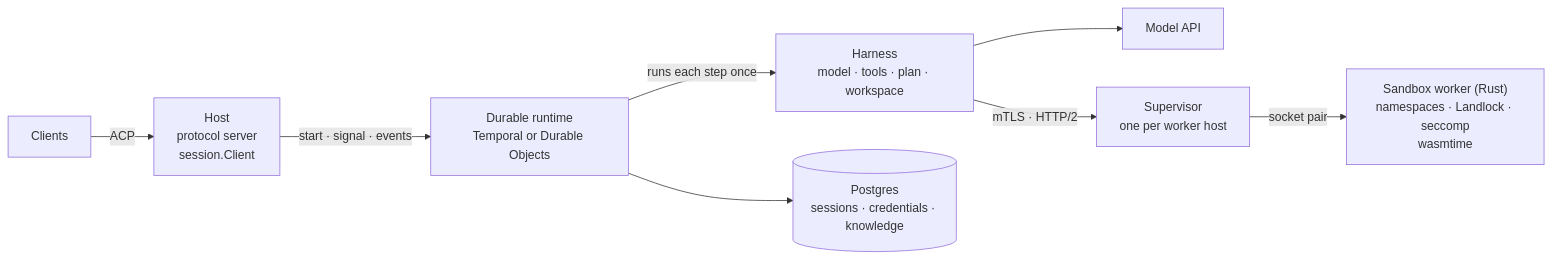
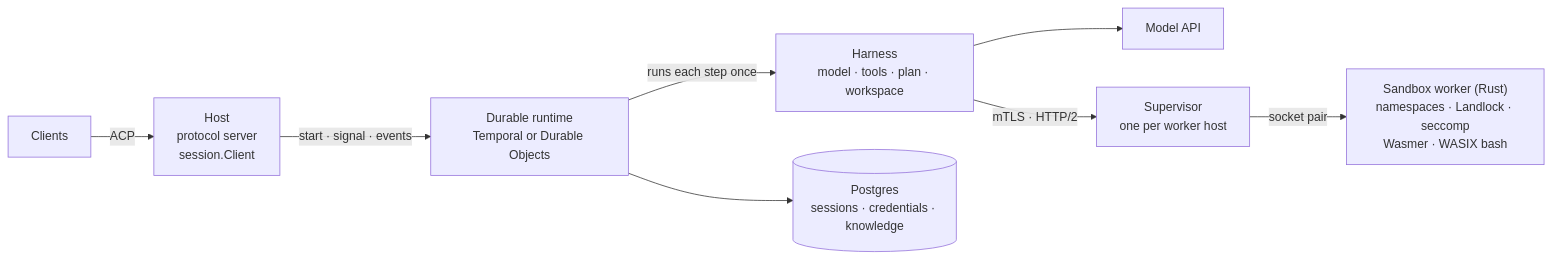
One commit to Ryanaldo34/tacklr changed the diagram in README.md. Above: the diagram before and after it, drawn with Mermaid. The commit also changed other lines of this file, not shown here.

Commit message:
Describe the Wasmer/WASIX sandbox and run_command in the README

````diff
--- a/README.md
+++ b/README.md
@@ -128,10 +128,10 @@
 ```mermaid
 flowchart LR
     clients["Clients"] -- "ACP" --> host["Host<br/>protocol server<br/>session.Client"]
     host -- "start · signal · events" --> runtime["Durable runtime<br/>Temporal or Durable Objects"]
     runtime -- "runs each step once" --> harness["Harness<br/>model · tools · plan · workspace"]
     harness --> model["Model API"]
     runtime --> stores[("Postgres<br/>sessions · credentials · knowledge")]
     harness -- "mTLS · HTTP/2" --> supervisor["Supervisor<br/>one per worker host"]
-    supervisor -- "socket pair" --> worker["Sandbox worker (Rust)<br/>namespaces · Landlock · seccomp<br/>wasmtime"]
+    supervisor -- "socket pair" --> worker["Sandbox worker (Rust)<br/>namespaces · Landlock · seccomp<br/>Wasmer · WASIX bash"]
 ```
````
